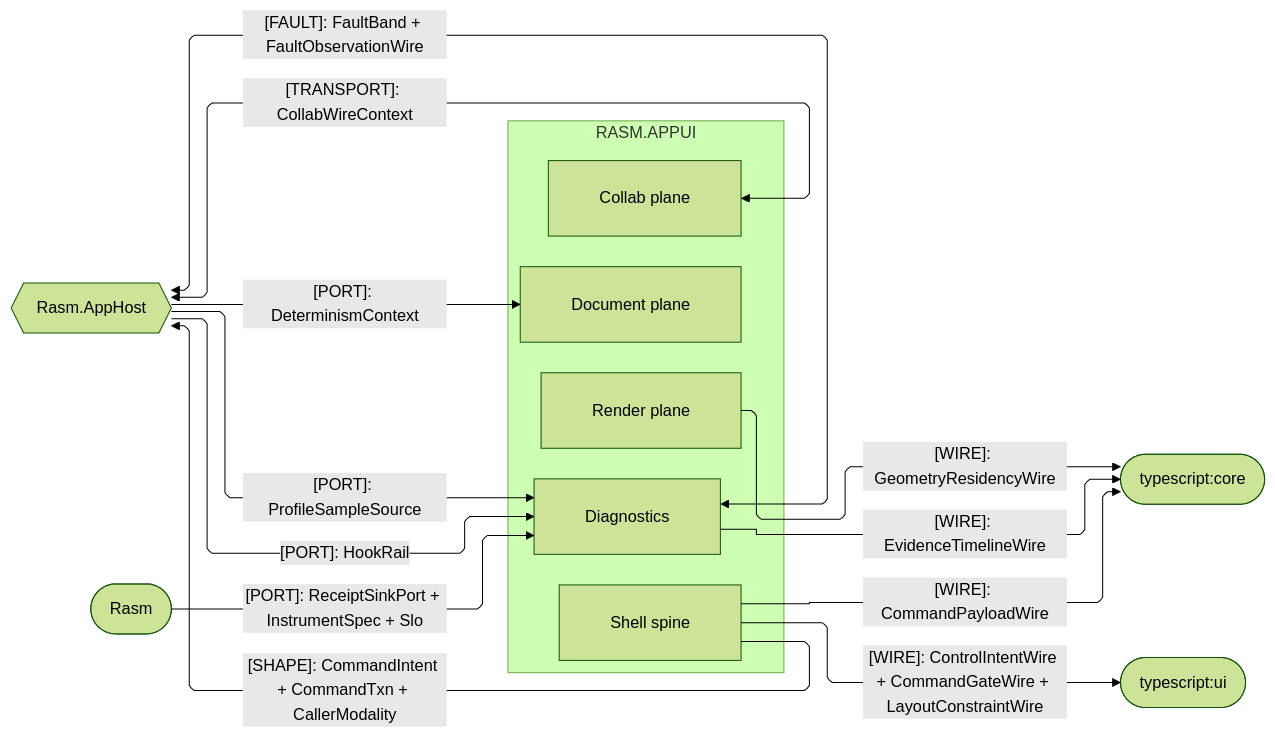
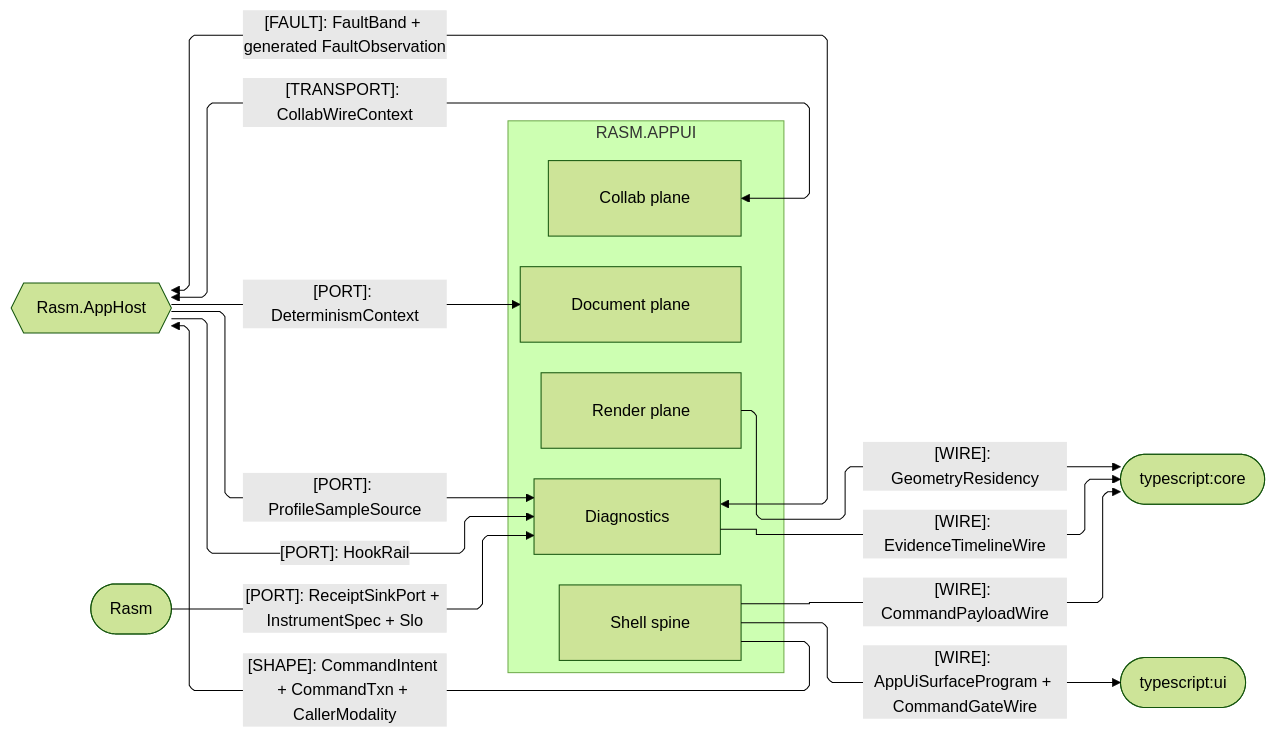
One commit to bsamiee/Rasm changed the third of 4 diagrams in libs/csharp/Rasm.AppUi/ARCHITECTURE.md. Above: the diagram before and after it, drawn with Mermaid (forest theme). The commit also changed other lines of this file and 820 other files, not shown here.

````diff
--- a/libs/csharp/Rasm.AppUi/ARCHITECTURE.md
+++ b/libs/csharp/Rasm.AppUi/ARCHITECTURE.md
@@ -204,34 +204,34 @@
 ```mermaid
 ---
 config:
   layout: elk
   flowchart:
     curve: linear
     padding: 25
 ---
 flowchart LR
     accTitle: AppUi platform-host and cross-runtime wire seams
     accDescr: AppUi owners exchanging wires, ports, transport, the command shape, and the fault-band adjacency with the app host and TypeScript peers.
     subgraph appui[RASM.APPUI]
         Shell[Shell spine]
         Render[Render plane]
         Document[Document plane]
         Collab[Collab plane]
         Diagnostics[Diagnostics]
     end
     AppHost{{Rasm.AppHost}}
     Rasm([Rasm])
     Core([typescript:core])
     Ui([typescript:ui])
     Shell e1@-->|"[WIRE]: CommandPayloadWire"| Core
-    Render e2@-->|"[WIRE]: GeometryResidencyWire"| Core
+    Render e2@-->|"[WIRE]: GeometryResidency"| Core
     Diagnostics e3@-->|"[WIRE]: EvidenceTimelineWire"| Core
-    Shell e4@-->|"[WIRE]: ControlIntentWire + CommandGateWire + LayoutConstraintWire"| Ui
+    Shell e4@-->|"[WIRE]: AppUiSurfaceProgram + CommandGateWire"| Ui
     AppHost e5@-->|"[PORT]: DeterminismContext"| Document
-    Diagnostics e6@<-->|"[FAULT]: FaultBand + FaultObservationWire"| AppHost
+    Diagnostics e6@<-->|"[FAULT]: FaultBand + generated FaultObservation"| AppHost
     Rasm e7@-->|"[PORT]: ReceiptSinkPort + InstrumentSpec + Slo"| Diagnostics
     AppHost e8@-->|"[PORT]: HookRail"| Diagnostics
     AppHost e9@-->|"[PORT]: ProfileSampleSource"| Diagnostics
     Collab e10@<-->|"[TRANSPORT]: CollabWireContext"| AppHost
     Shell e11@-->|"[SHAPE]: CommandIntent + CommandTxn + CallerModality"| AppHost
 ```
````
